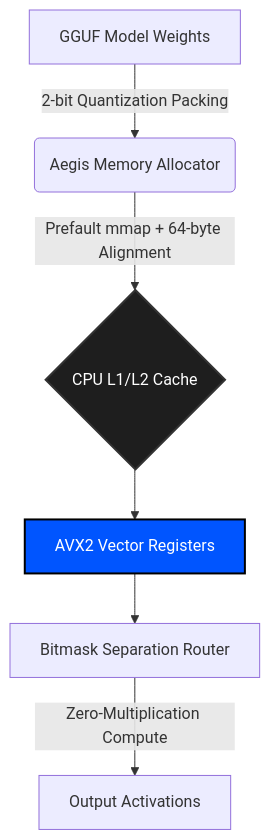
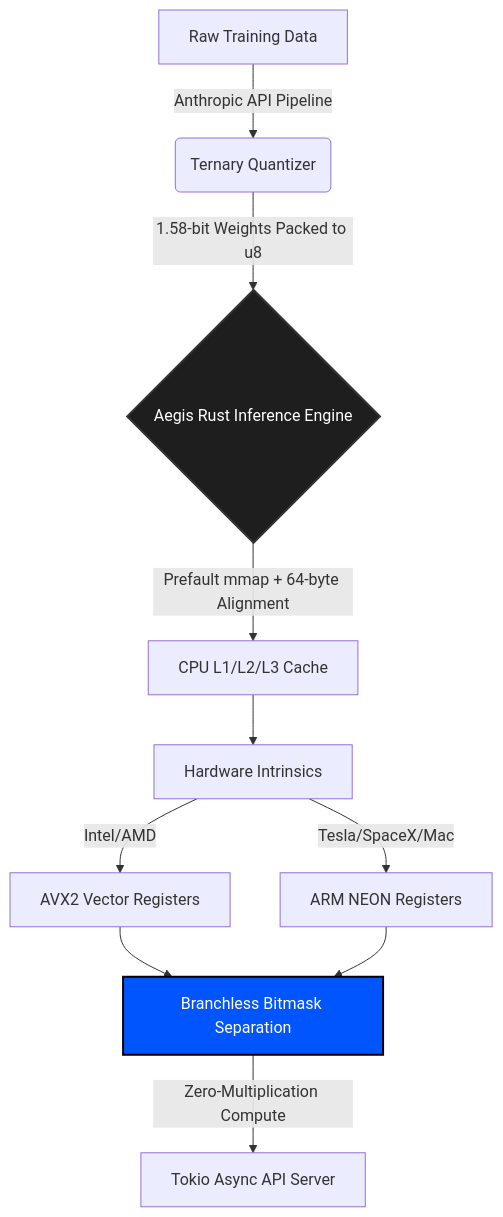
The diagram in README.md (wheelerninja67/aegis-inference), drawn with Mermaid before and after one commit. The commit also changed other lines of this file, not shown here.

Commit message:
docs(aegis): complete structural overhaul of README to reflect enterprise edge monopoly vision

````diff
--- a/README.md
+++ b/README.md
@@ -31,11 +33,15 @@
 ```mermaid
 graph TD;
-    A[GGUF Model Weights] -->|2-bit Quantization Packing| B(Aegis Memory Allocator);
-    B -->|Prefault mmap + 64-byte Alignment| C{CPU L1/L2 Cache};
-    C --> D[AVX2 Vector Registers];
-    D --> E[Bitmask Separation Router];
-    E -->|Zero-Multiplication Compute| F[Output Activations];
+    A[Raw Training Data] -->|Anthropic API Pipeline| B(Ternary Quantizer);
+    B -->|1.58-bit Weights Packed to u8| C{Aegis Rust Inference Engine};
+    C -->|Prefault mmap + 64-byte Alignment| D[CPU L1/L2/L3 Cache];
+    D --> E[Hardware Intrinsics];
+    E -->|Intel/AMD| F[AVX2 Vector Registers];
+    E -->|Tesla/SpaceX/Mac| G[ARM NEON Registers];
+    F --> H[Branchless Bitmask Separation];
+    G --> H;
+    H -->|Zero-Multiplication Compute| I[Tokio Async API Server];
     
     style C fill:#1e1e1e,stroke:#333,stroke-width:2px,color:#fff
-    style D fill:#0055ff,stroke:#000,stroke-width:2px,color:#fff
+    style H fill:#0055ff,stroke:#000,stroke-width:2px,color:#fff
 ```
````
